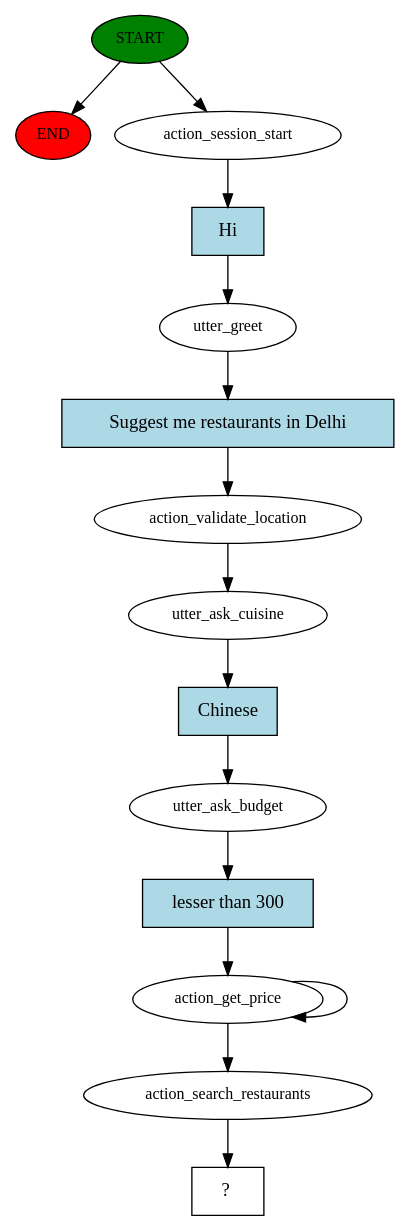
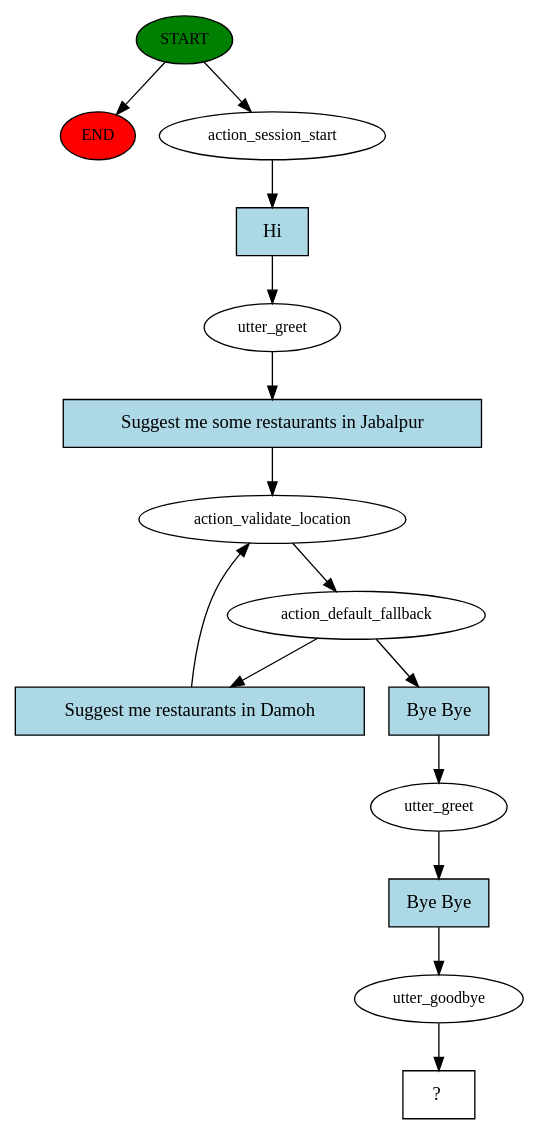
One commit to pandeyvaibhav/RasaFoodieRobi changed the diagram in story_graph.dot. Above: the diagram before and after it, drawn with Graphviz. The commit also changed 7 other files, not shown here.

```diff
--- a/story_graph.dot
+++ b/story_graph.dot
@@ -1,30 +1,30 @@
 digraph  {
 0 [class="start active", fillcolor=green, fontsize=12, label=START, style=filled];
 "-1" [class=end, fillcolor=red, fontsize=12, label=END, style=filled];
 1 [class=active, fontsize=12, label=action_session_start];
 2 [class=active, fontsize=12, label=utter_greet];
 3 [class=active, fontsize=12, label=action_validate_location];
-4 [class=active, fontsize=12, label=utter_ask_cuisine];
-5 [class=active, fontsize=12, label=utter_ask_budget];
-6 [class=active, fontsize=12, label=action_get_price];
-9 [class=active, fontsize=12, label=action_search_restaurants];
-10 [class="intent dashed active", label="  ?  ", shape=rect];
-11 [class="intent active", fillcolor=lightblue, label=Hi, shape=rect, style=filled];
-12 [class="intent active", fillcolor=lightblue, label="Suggest me restaurants in Delhi", shape=rect, style=filled];
-13 [class="intent active", fillcolor=lightblue, label=Chinese, shape=rect, style=filled];
-14 [class="intent active", fillcolor=lightblue, label="lesser than 300", shape=rect, style=filled];
+4 [class=active, fontsize=12, label=action_default_fallback];
+7 [class=active, fontsize=12, label=utter_greet];
+8 [class=active, fontsize=12, label=utter_goodbye];
+9 [class="intent dashed active", label="  ?  ", shape=rect];
+10 [class="intent active", fillcolor=lightblue, label=Hi, shape=rect, style=filled];
+11 [class="intent active", fillcolor=lightblue, label="Suggest me some restaurants in Jabalpur", shape=rect, style=filled];
+12 [class="intent active", fillcolor=lightblue, label="Suggest me restaurants in Damoh", shape=rect, style=filled];
+13 [class="intent active", fillcolor=lightblue, label="Bye Bye", shape=rect, style=filled];
+14 [class="intent active", fillcolor=lightblue, label="Bye Bye", shape=rect, style=filled];
 0 -> "-1"  [class="", key=NONE, label=""];
 0 -> 1  [class=active, key=NONE, label=""];
-1 -> 11  [class=active, key=0];
-2 -> 12  [class=active, key=0];
+1 -> 10  [class=active, key=0];
+2 -> 11  [class=active, key=0];
 3 -> 4  [class=active, key=NONE, label=""];
+4 -> 12  [class=active, key=0];
 4 -> 13  [class=active, key=0];
-5 -> 14  [class=active, key=0];
-6 -> 6  [class=active, key=NONE, label=""];
-6 -> 9  [class=active, key=NONE, label=""];
-9 -> 10  [class=active, key=NONE, label=""];
-11 -> 2  [class=active, key=0];
+7 -> 14  [class=active, key=0];
+8 -> 9  [class=active, key=NONE, label=""];
+10 -> 2  [class=active, key=0];
+11 -> 3  [class=active, key=0];
 12 -> 3  [class=active, key=0];
-13 -> 5  [class=active, key=0];
-14 -> 6  [class=active, key=0];
+13 -> 7  [class=active, key=0];
+14 -> 8  [class=active, key=0];
 }
```
